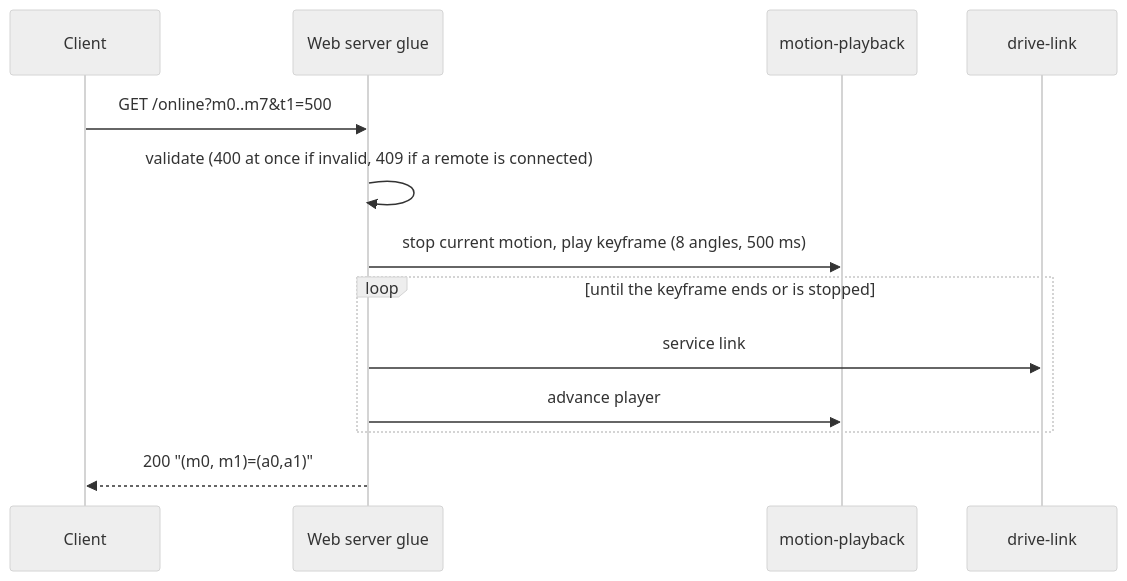
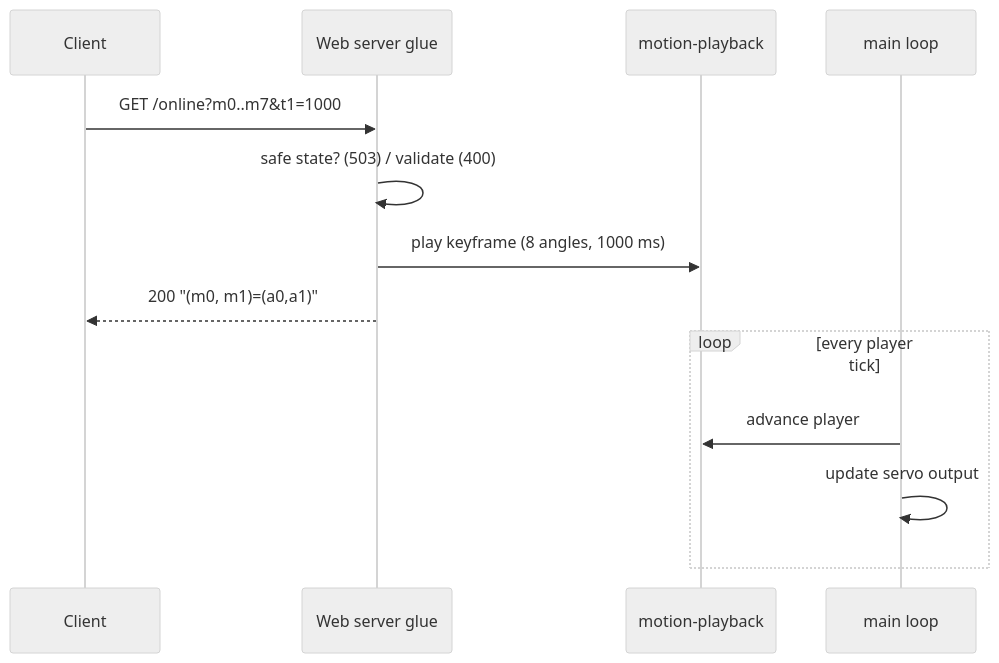
One commit to blackfyre/mini-spooder changed the second of 3 diagrams in openspec/changes/web-portal/design.md. Above: the diagram before and after it, drawn with Mermaid (neutral theme). The commit also changed other lines of this file and 3 other files, not shown here.

````diff
--- a/openspec/changes/web-portal/design.md
+++ b/openspec/changes/web-portal/design.md
@@ -90,15 +104,15 @@
 ```mermaid
 sequenceDiagram
   participant C as Client
   participant W as Web server glue
   participant P as motion-playback
-  participant D as drive-link
-  C->>W: GET /online?m0..m7&t1=500
-  W->>W: validate (400 at once if invalid, 409 if a remote is connected)
-  W->>P: stop current motion, play keyframe (8 angles, 500 ms)
-  loop until the keyframe ends or is stopped
-    W->>D: service link
-    W->>P: advance player
+  participant L as main loop
+  C->>W: GET /online?m0..m7&t1=1000
+  W->>W: safe state? (503) / validate (400)
+  W->>P: play keyframe (8 angles, 1000 ms)
+  W-->>C: 200 "(m0, m1)=(a0,a1)"
+  loop every player tick
+    L->>P: advance player
+    L->>L: update servo output
   end
-  W-->>C: 200 "(m0, m1)=(a0,a1)"
 ```
````
